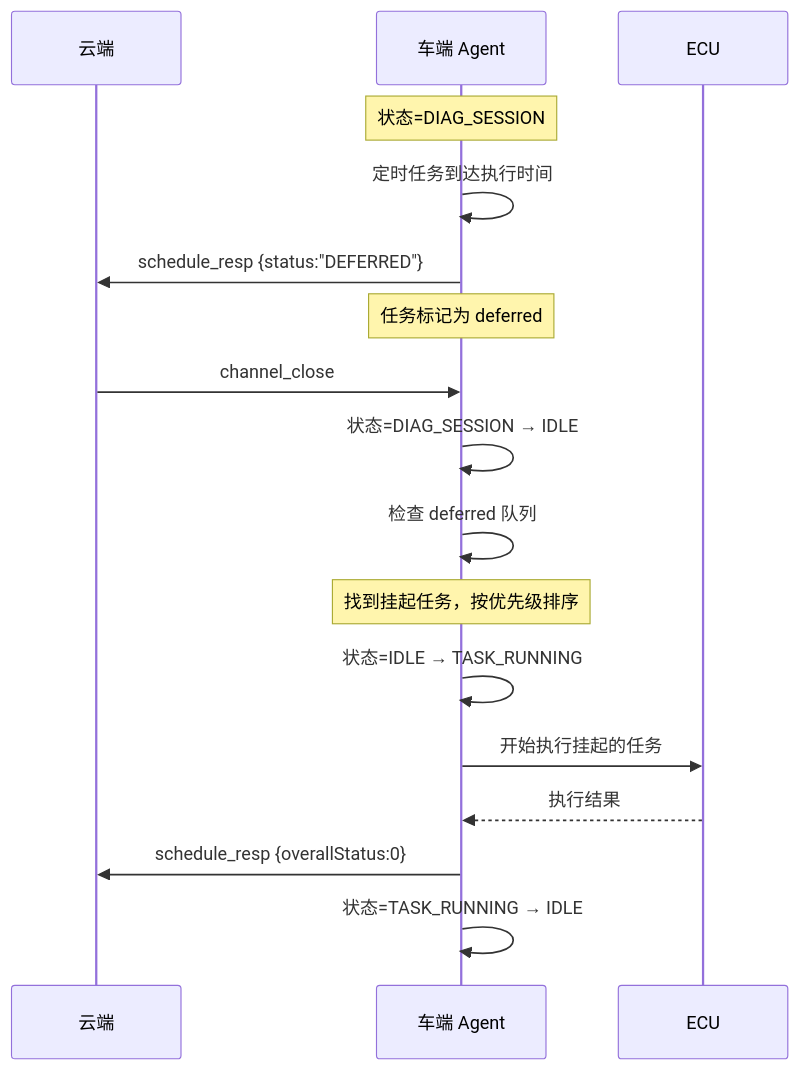
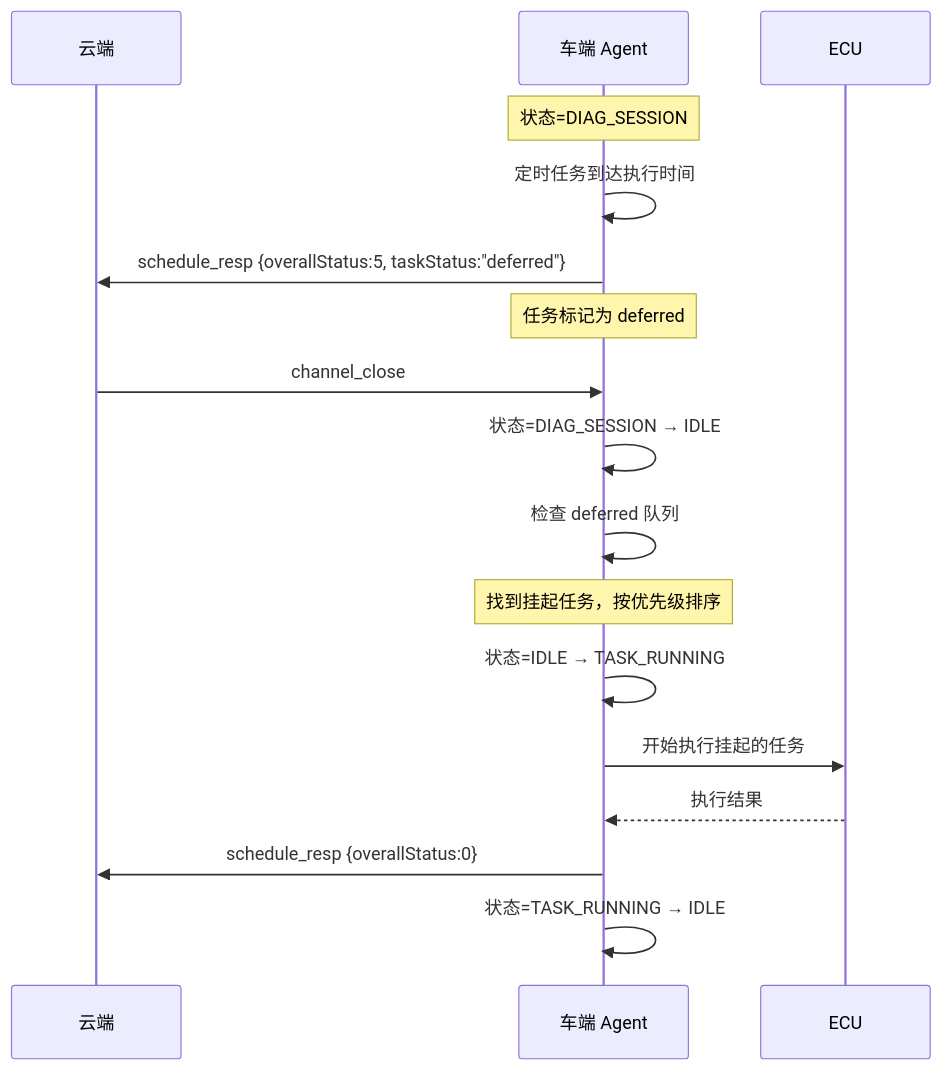
The third of 8 diagrams in doc/opendota_protocol_spec.md (YuMinami/OpenDOTA), drawn with Mermaid before and after one commit. The commit also changed other lines of this file and 1 other file, not shown here.

Commit message:
docs: update protocol specification and technical architecture documentation

````diff
--- a/doc/opendota_protocol_spec.md
+++ b/doc/opendota_protocol_spec.md
@@ -1129,21 +1137,21 @@
 ```mermaid
 sequenceDiagram
     participant CLOUD as 云端
     participant AGENT as 车端 Agent
     participant ECU as ECU
 
     Note over AGENT: 状态=DIAG_SESSION
     AGENT->>AGENT: 定时任务到达执行时间
-    AGENT->>CLOUD: schedule_resp {status:"DEFERRED"}
+    AGENT->>CLOUD: schedule_resp {overallStatus:5, taskStatus:"deferred"}
     Note over AGENT: 任务标记为 deferred
 
     CLOUD->>AGENT: channel_close
     AGENT->>AGENT: 状态=DIAG_SESSION → IDLE
     AGENT->>AGENT: 检查 deferred 队列
     Note over AGENT: 找到挂起任务，按优先级排序
     AGENT->>AGENT: 状态=IDLE → TASK_RUNNING
     AGENT->>ECU: 开始执行挂起的任务
     ECU-->>AGENT: 执行结果
     AGENT->>CLOUD: schedule_resp {overallStatus:0}
     AGENT->>AGENT: 状态=TASK_RUNNING → IDLE
 ```
````
